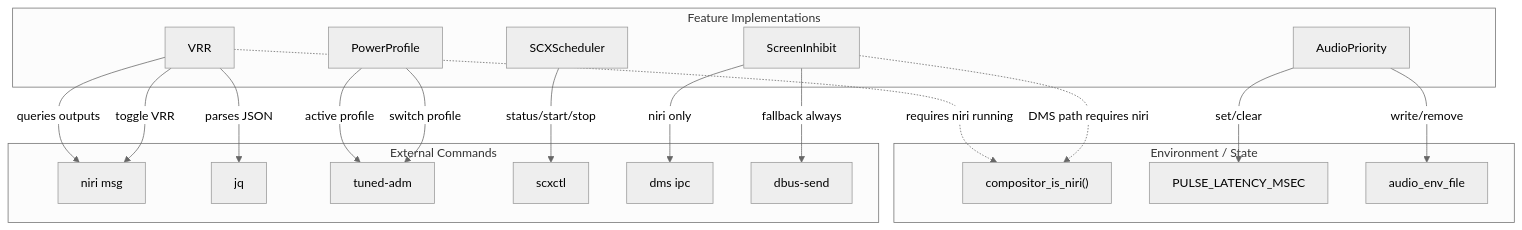
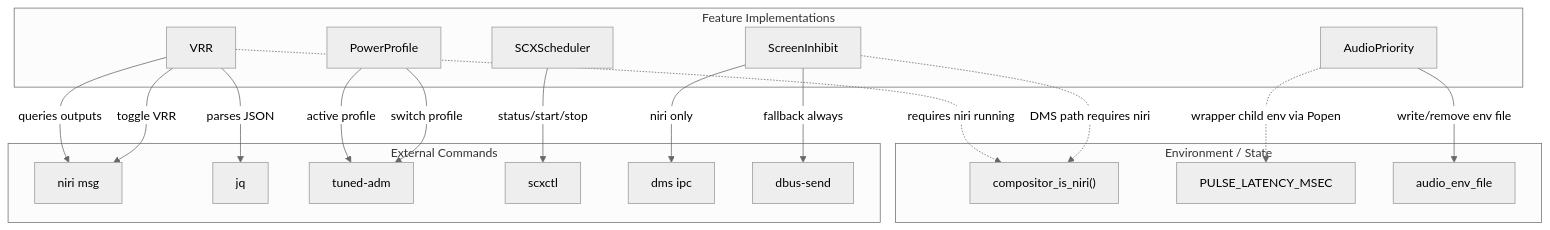
The sixth of 6 diagrams in DESIGN.md (WombatFromHell/beryl-gamemode), drawn with Mermaid (neutral theme) before and after one commit. The commit also changed other lines of this file and 28 other files, not shown here.

````diff
--- a/DESIGN.md
+++ b/DESIGN.md
@@ -269,42 +298,42 @@
 ```mermaid
 graph TD
     subgraph features["Feature Implementations"]
         vrr["VRR"]
         pp["PowerProfile"]
         scx["SCXScheduler"]
         audio["AudioPriority"]
         inhibit["ScreenInhibit"]
     end
 
     subgraph external["External Commands"]
         niri["niri msg"]
         jq["jq"]
         tuned["tuned-adm"]
         scxctl["scxctl"]
         dms["dms ipc"]
         dbus["dbus-send"]
     end
 
     subgraph env["Environment / State"]
         niri_detect["compositor_is_niri()"]
         pulse["PULSE_LATENCY_MSEC"]
         audio_file["audio_env_file"]
     end
 
     vrr -->|queries outputs| niri
     vrr -->|parses JSON| jq
     vrr -->|toggle VRR| niri
     vrr -.->|requires niri running| niri_detect
 
     pp -->|active profile| tuned
     pp -->|switch profile| tuned
 
     scx -->|status/start/stop| scxctl
 
-    audio -->|set/clear| pulse
-    audio -->|write/remove| audio_file
+    audio -->|write/remove env file| audio_file
+    audio -.->|wrapper child env via Popen| pulse
 
     inhibit -->|niri only| dms
     inhibit -->|fallback always| dbus
     inhibit -.->|DMS path requires niri| niri_detect
 ```
````
